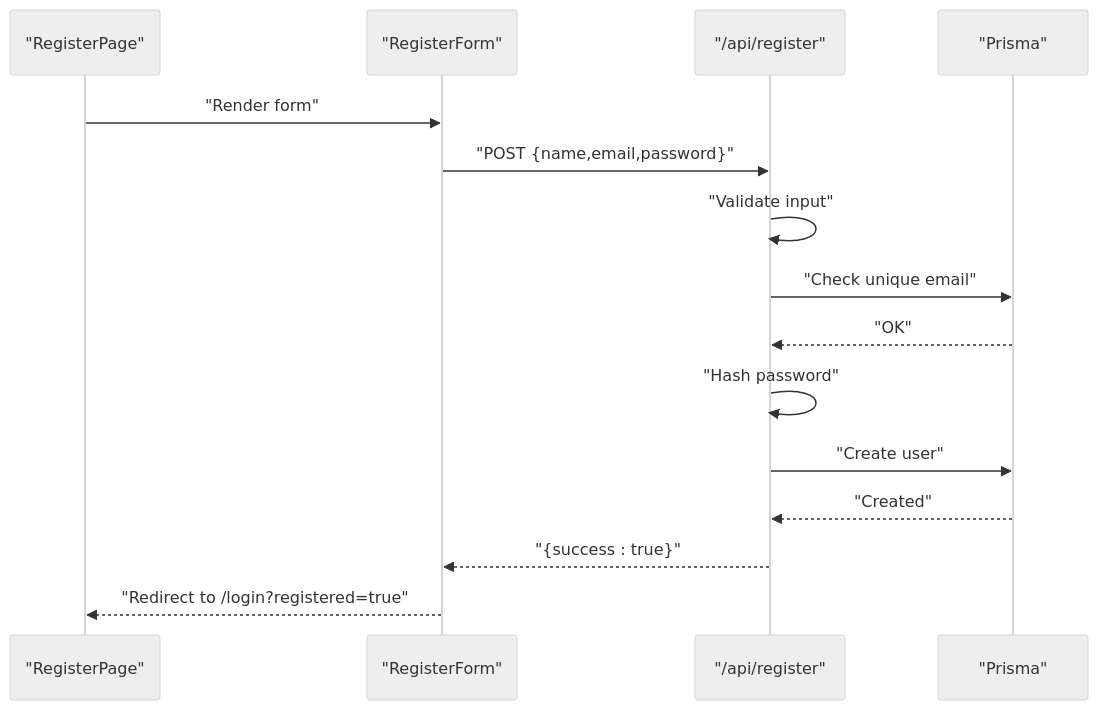
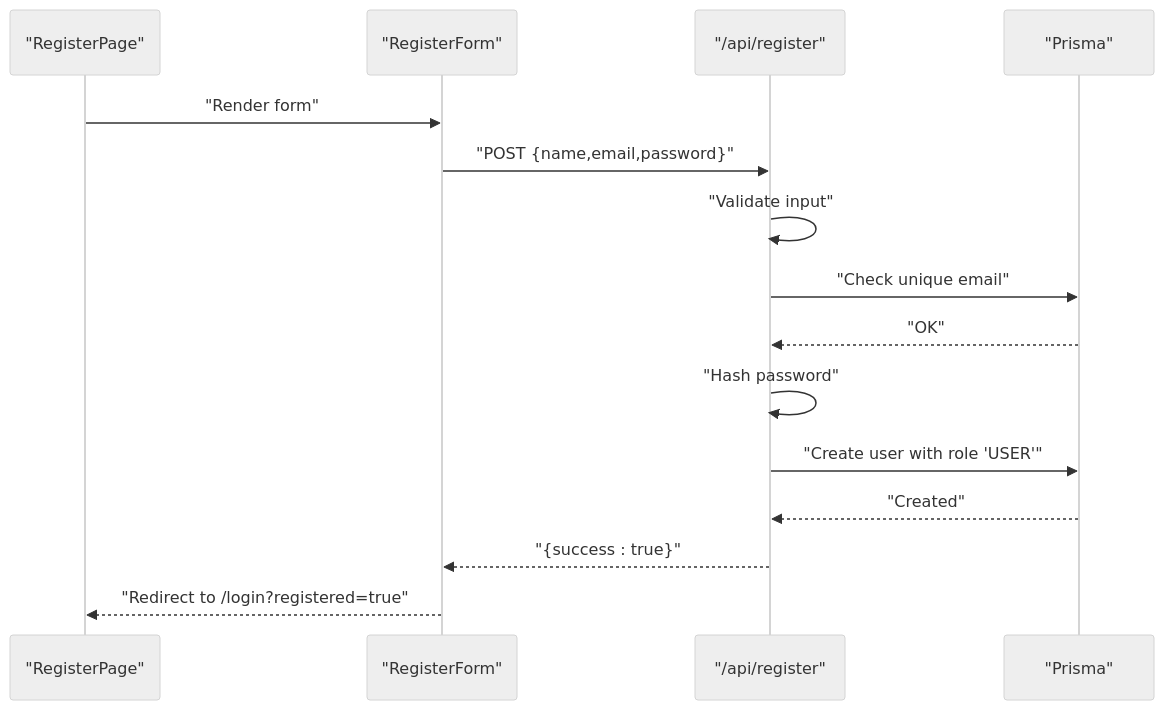
Before and after one commit to Crowdspender/titchybooks-app: the seventh of 11 diagrams in .qoder/repowiki/en/content/Authentication & Authorization/Authentication & Authorization.md, drawn with Mermaid (neutral theme). The commit also changed other lines of this file and 62 other files, not shown here.

````diff
--- a/.qoder/repowiki/en/content/Authentication & Authorization/Authentication & Authorization.md
+++ b/.qoder/repowiki/en/content/Authentication & Authorization/Authentication & Authorization.md
@@ -276,17 +351,17 @@
 ```mermaid
 sequenceDiagram
 participant RP as "RegisterPage"
 participant RF as "RegisterForm"
 participant API as "/api/register"
 participant PR as "Prisma"
 RP->>RF : "Render form"
 RF->>API : "POST {name,email,password}"
 API->>API : "Validate input"
 API->>PR : "Check unique email"
 PR-->>API : "OK"
 API->>API : "Hash password"
-API->>PR : "Create user"
+API->>PR : "Create user with role 'USER'"
 PR-->>API : "Created"
 API-->>RF : "{success : true}"
 RF-->>RP : "Redirect to /login?registered=true"
 ```
````
